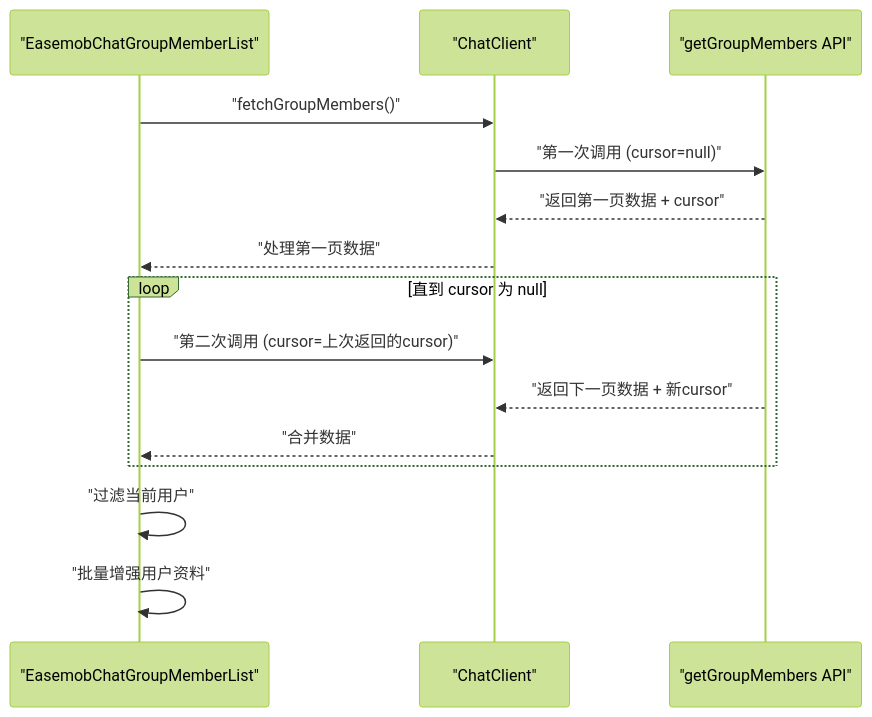
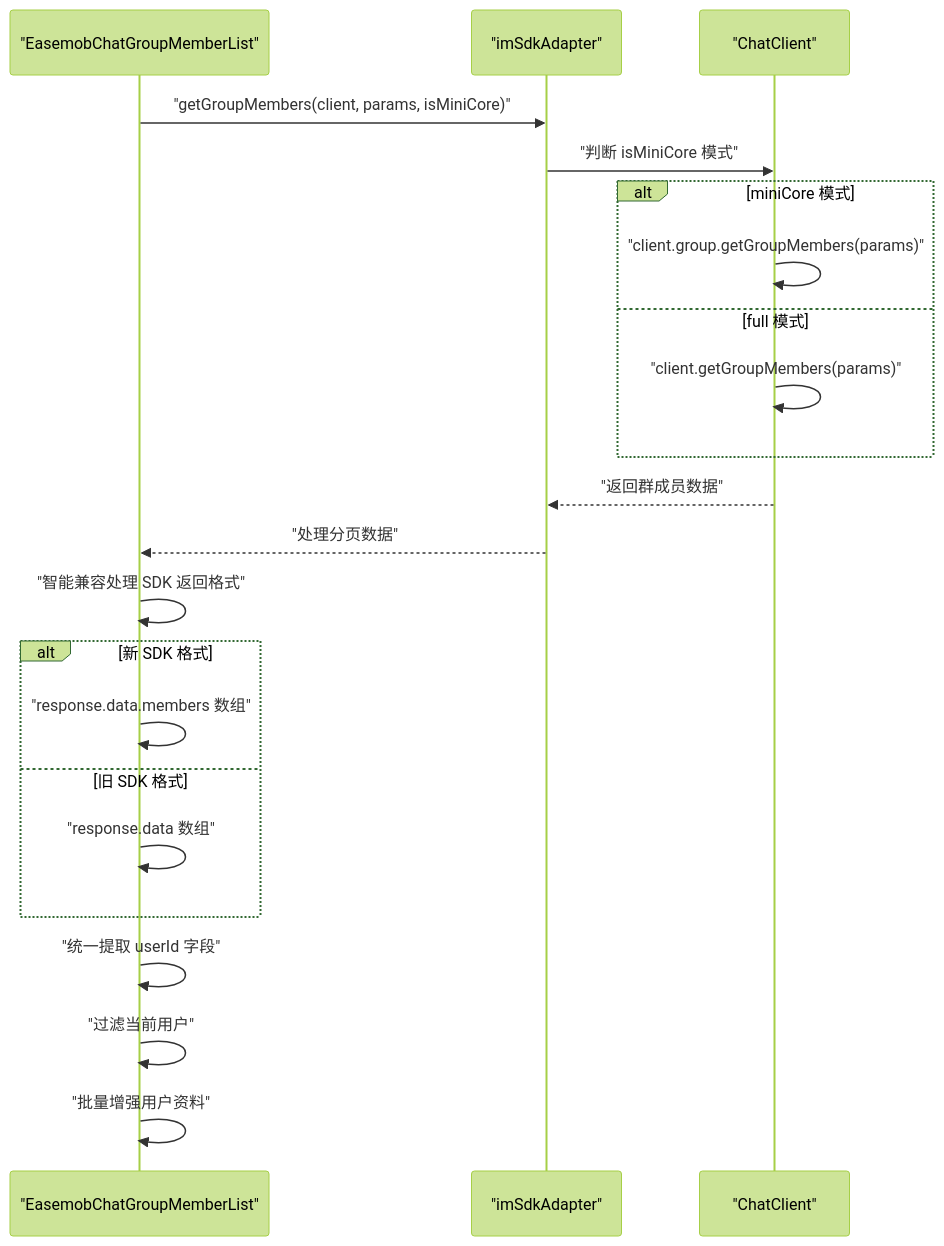
One commit to Easemob-Community/easemob-uikit-callkit-vue3 changed the seventh of 12 diagrams in .qoder/repowiki/zh/content/核心组件/群组通话组件/群组成员管理.md. Above: the diagram before and after it, drawn with Mermaid (forest theme). The commit also changed other lines of this file and 58 other files, not shown here.

````diff
--- a/.qoder/repowiki/zh/content/核心组件/群组通话组件/群组成员管理.md
+++ b/.qoder/repowiki/zh/content/核心组件/群组通话组件/群组成员管理.md
@@ -336,17 +375,24 @@
 ```mermaid
 sequenceDiagram
 participant Component as "EasemobChatGroupMemberList"
-participant ChatClient as "ChatClient"
-participant API as "getGroupMembers API"
-Component->>ChatClient : "fetchGroupMembers()"
-ChatClient->>API : "第一次调用 (cursor=null)"
-API-->>ChatClient : "返回第一页数据 + cursor"
-ChatClient-->>Component : "处理第一页数据"
-loop 直到 cursor 为 null
-Component->>ChatClient : "第二次调用 (cursor=上次返回的cursor)"
-API-->>ChatClient : "返回下一页数据 + 新cursor"
-ChatClient-->>Component : "合并数据"
+participant Adapter as "imSdkAdapter"
+participant Client as "ChatClient"
+Component->>Adapter : "getGroupMembers(client, params, isMiniCore)"
+Adapter->>Client : "判断 isMiniCore 模式"
+alt miniCore 模式
+Client->>Client : "client.group.getGroupMembers(params)"
+else full 模式
+Client->>Client : "client.getGroupMembers(params)"
 end
+Client-->>Adapter : "返回群成员数据"
+Adapter-->>Component : "处理分页数据"
+Component->>Component : "智能兼容处理 SDK 返回格式"
+alt 新 SDK 格式
+Component->>Component : "response.data.members 数组"
+else 旧 SDK 格式
+Component->>Component : "response.data 数组"
+end
+Component->>Component : "统一提取 userId 字段"
 Component->>Component : "过滤当前用户"
 Component->>Component : "批量增强用户资料"
 ```
````
